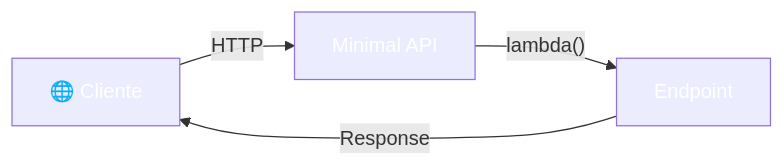
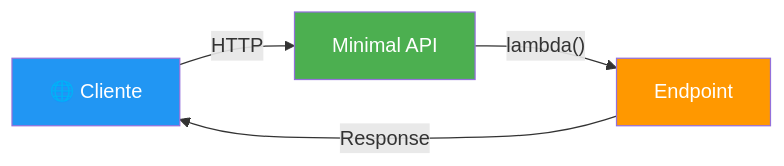
Before and after one commit to joseluisgs/DesarrolloWebEntornosServidor-02-2026-2027: the first of 4 diagrams in 03-minimal-apis.md, drawn with Mermaid. The commit also changed other lines of this file and 29 other files, not shown here.

Commit message:
docs: corregir estilos Mermaid y estilo, quitar referencias a la Tienda y reestructurar los retos 13 y 15

````diff
--- a/03-minimal-apis.md
+++ b/03-minimal-apis.md
@@ -62,9 +62,9 @@
 ```mermaid
 flowchart LR
     A["🌐 Cliente"] -->|HTTP| B["Minimal API"]
     B -->|"lambda()"| C["Endpoint"]
     C -->|Response| A
-    style A fill:#2196F,color:#fff3,color:#fff
-    style B fill:#4CAF5,color:#fff0,color:#fff
-    style C fill:#FF980,color:#fff0,color:#fff
+    style A fill:#2196F3,color:#fff
+    style B fill:#4CAF50,color:#fff
+    style C fill:#FF9800,color:#fff
 ```
````
